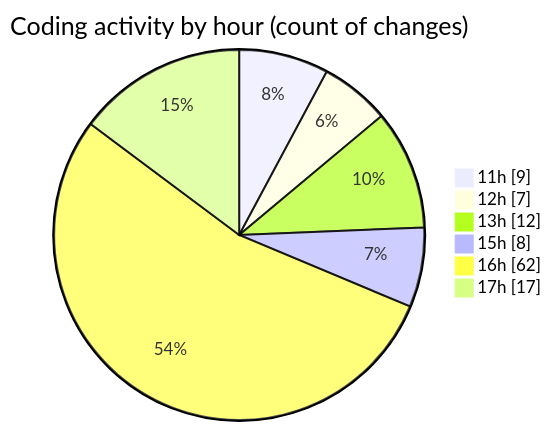
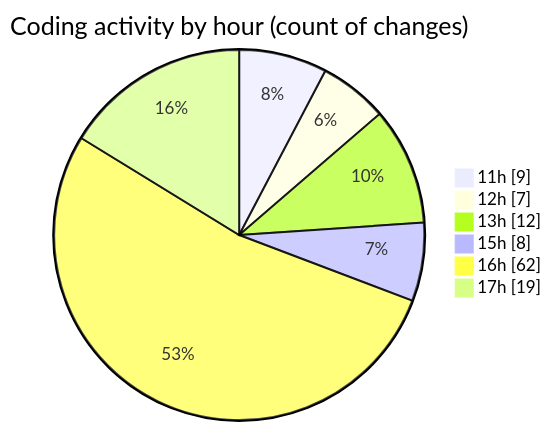
The second of 2 diagrams in 2025-08-07/ribbon/README.md (EIIisD/code-tracking), drawn with Mermaid before and after one commit. The commit also changed other lines of this file and 1 other file, not shown here.

````diff
--- a/2025-08-07/ribbon/README.md
+++ b/2025-08-07/ribbon/README.md
@@ -49,10 +49,10 @@
 ```mermaid
 pie showData
 title Coding activity by hour (count of changes)
 "11h" : 9
 "12h" : 7
 "13h" : 12
 "15h" : 8
 "16h" : 62
-"17h" : 17
+"17h" : 19
 ```
````
